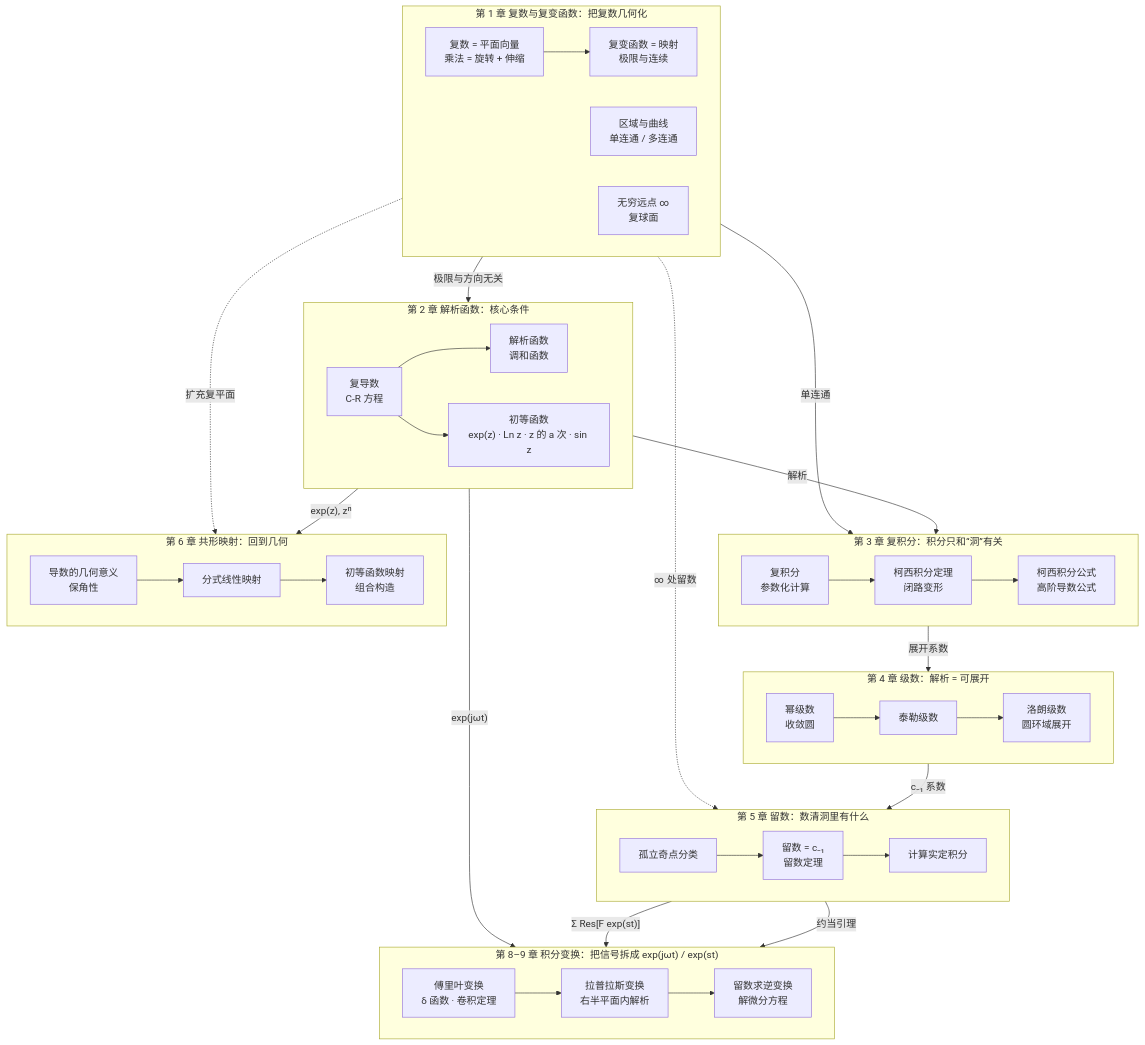
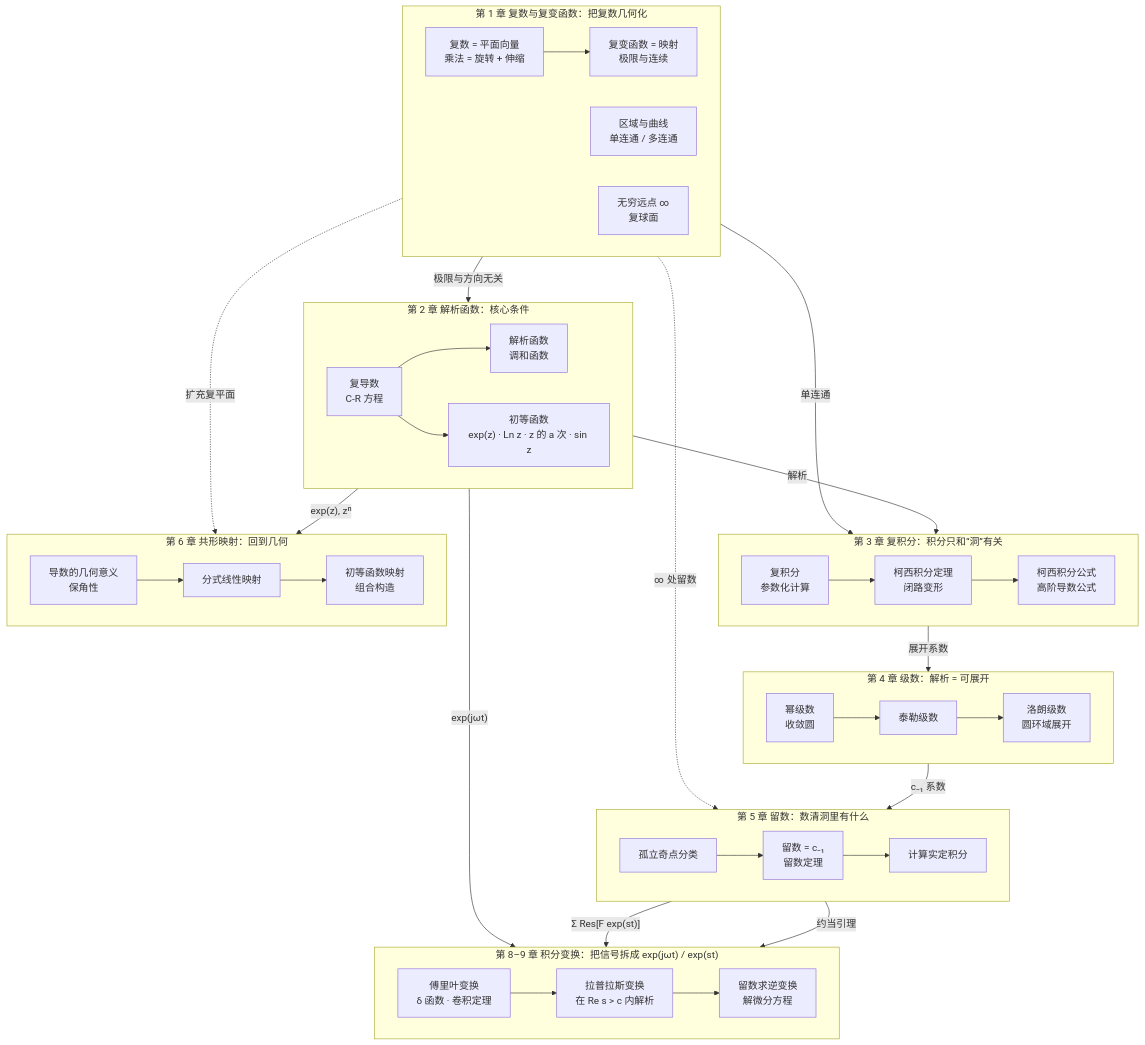
Before and after one commit to cockroach-f/complex-functions: the diagram in docs/index.md, drawn with Mermaid. The commit also changed 10 other files, not shown here.

Commit message:
修正拉普拉斯收敛域表述、(1+z)^α 收敛半径、傅里叶积分性质一般形式；Mermaid 边标签统一加引号

````diff
--- a/docs/index.md
+++ b/docs/index.md
@@ -20,45 +20,45 @@
 ```mermaid
 flowchart TB
     subgraph C1["第 1 章 复数与复变函数：把复数几何化"]
         direction LR
         A1["复数 = 平面向量<br/>乘法 = 旋转 + 伸缩"] --> A3["复变函数 = 映射<br/>极限与连续"]
         A2["区域与曲线<br/>单连通 / 多连通"]
         A4["无穷远点 ∞<br/>复球面"]
     end
     subgraph C2["第 2 章 解析函数：核心条件"]
         direction LR
         B1["复导数<br/>C-R 方程"] --> B2["解析函数<br/>调和函数"]
         B1 --> B3["初等函数<br/>exp(z) · Ln z · z 的 a 次 · sin z"]
     end
     subgraph C3["第 3 章 复积分：积分只和“洞”有关"]
         direction LR
         D1["复积分<br/>参数化计算"] --> D2["柯西积分定理<br/>闭路变形"] --> D3["柯西积分公式<br/>高阶导数公式"]
     end
     subgraph C4["第 4 章 级数：解析 = 可展开"]
         direction LR
         E1["幂级数<br/>收敛圆"] --> E2["泰勒级数"] --> E3["洛朗级数<br/>圆环域展开"]
     end
     subgraph C5["第 5 章 留数：数清洞里有什么"]
         direction LR
         F1["孤立奇点分类"] --> F2["留数 = c₋₁<br/>留数定理"] --> F3["计算实定积分"]
     end
     subgraph C6["第 6 章 共形映射：回到几何"]
         direction LR
         G1["导数的几何意义<br/>保角性"] --> G2["分式线性映射"] --> G3["初等函数映射<br/>组合构造"]
     end
-    A3 -- "极限与方向无关" --> B1
-    A2 -- "单连通" --> D2
-    B1 -- "解析" --> D2
-    D3 -- "展开系数" --> E2
-    E3 -- "c₋₁ 系数" --> F2
-    A4 -. "∞ 处留数" .-> F2
-    A4 -. "扩充复平面" .-> G2
-    B3 -- "exp(z), zⁿ" --> G3
+    A3 -->|"极限与方向无关"| B1
+    A2 -->|"单连通"| D2
+    B1 -->|"解析"| D2
+    D3 -->|"展开系数"| E2
+    E3 -->|"c₋₁ 系数"| F2
+    A4 -.->|"∞ 处留数"| F2
+    A4 -.->|"扩充复平面"| G2
+    B3 -->|"exp(z), zⁿ"| G3
     subgraph C8["第 8–9 章 积分变换：把信号拆成 exp(jωt) / exp(st)"]
         direction LR
-        H1["傅里叶变换<br/>δ 函数 · 卷积定理"] --> H2["拉普拉斯变换<br/>右半平面内解析"] --> H3["留数求逆变换<br/>解微分方程"]
+        H1["傅里叶变换<br/>δ 函数 · 卷积定理"] --> H2["拉普拉斯变换<br/>在 Re s > c 内解析"] --> H3["留数求逆变换<br/>解微分方程"]
     end
-    B3 -- "exp(jωt)" --> H1
-    F3 -- "约当引理" --> H1
-    F2 -- "Σ Res[F exp(st)]" --> H3
+    B3 -->|"exp(jωt)"| H1
+    F3 -->|"约当引理"| H1
+    F2 -->|"Σ Res[F exp(st)]"| H3
 ```
````
